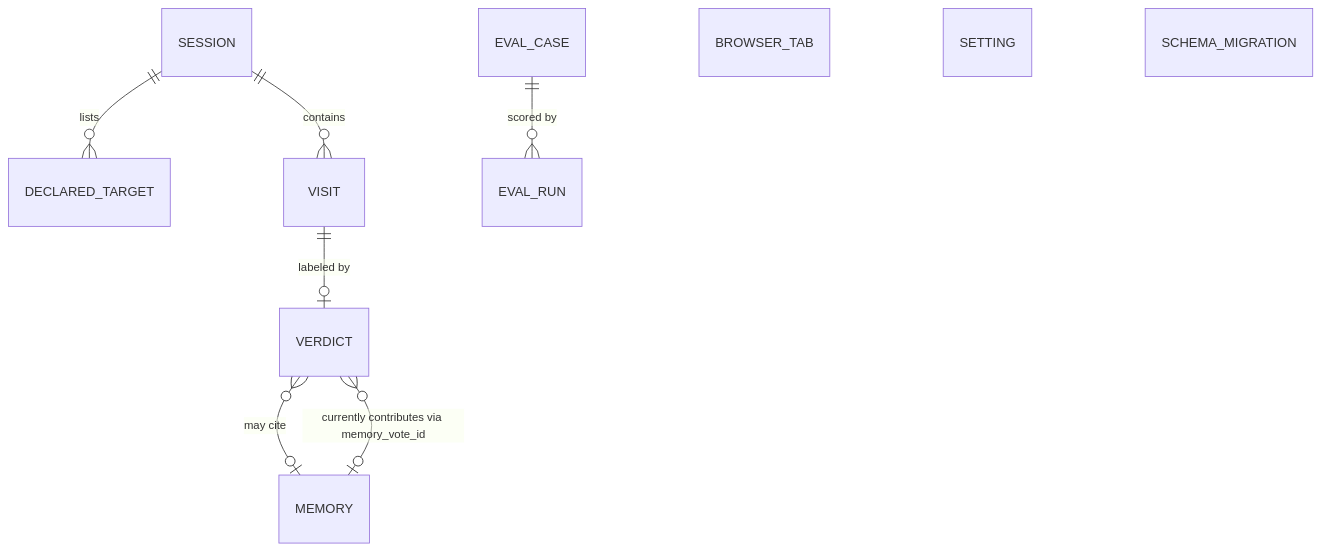
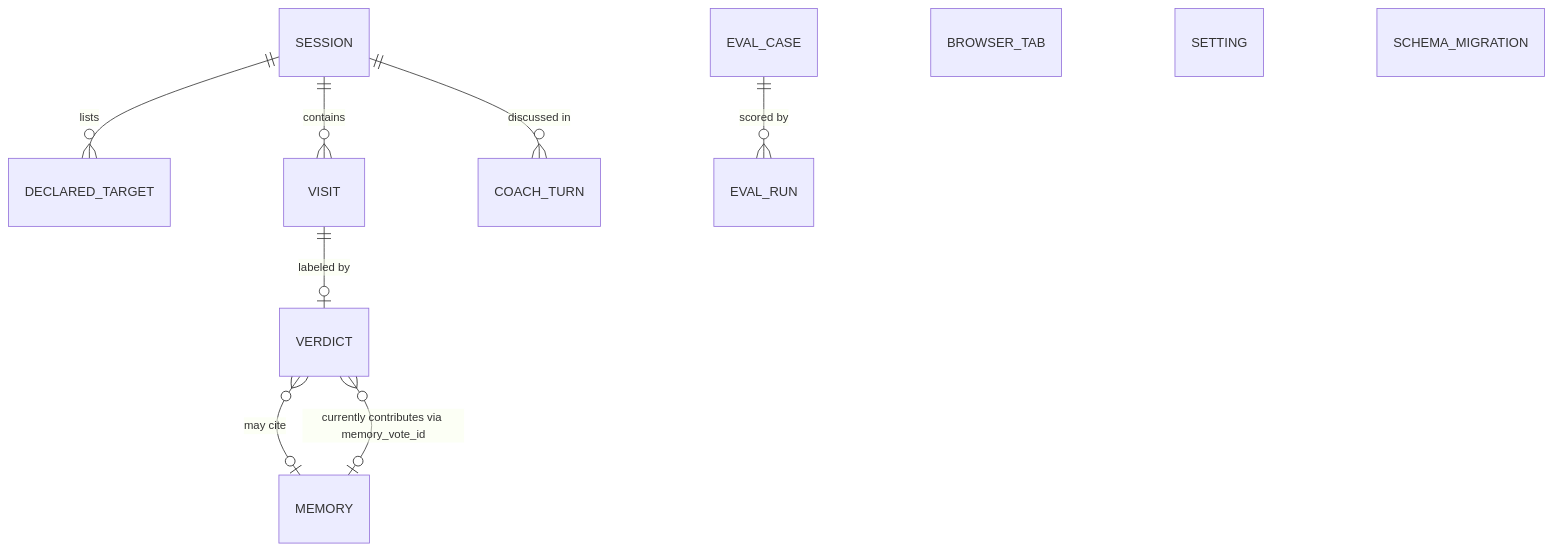
One commit to Alexandre-Nevero/focuslocal changed the diagram in docs/data-model.md. Above: the diagram before and after it, drawn with Mermaid. The commit also changed other lines of this file and 7 other files, not shown here.

````diff
--- a/docs/data-model.md
+++ b/docs/data-model.md
@@ -17,12 +17,13 @@
 ```mermaid
 erDiagram
   SESSION ||--o{ DECLARED_TARGET : "lists"
   SESSION ||--o{ VISIT : "contains"
+  SESSION ||--o{ COACH_TURN : "discussed in"
   VISIT ||--o| VERDICT : "labeled by"
   VERDICT }o--o| MEMORY : "may cite"
   VERDICT }o--o| MEMORY : "currently contributes via memory_vote_id"
   EVAL_CASE ||--o{ EVAL_RUN : "scored by"
   BROWSER_TAB
   SETTING
   SCHEMA_MIGRATION
 ```
````
